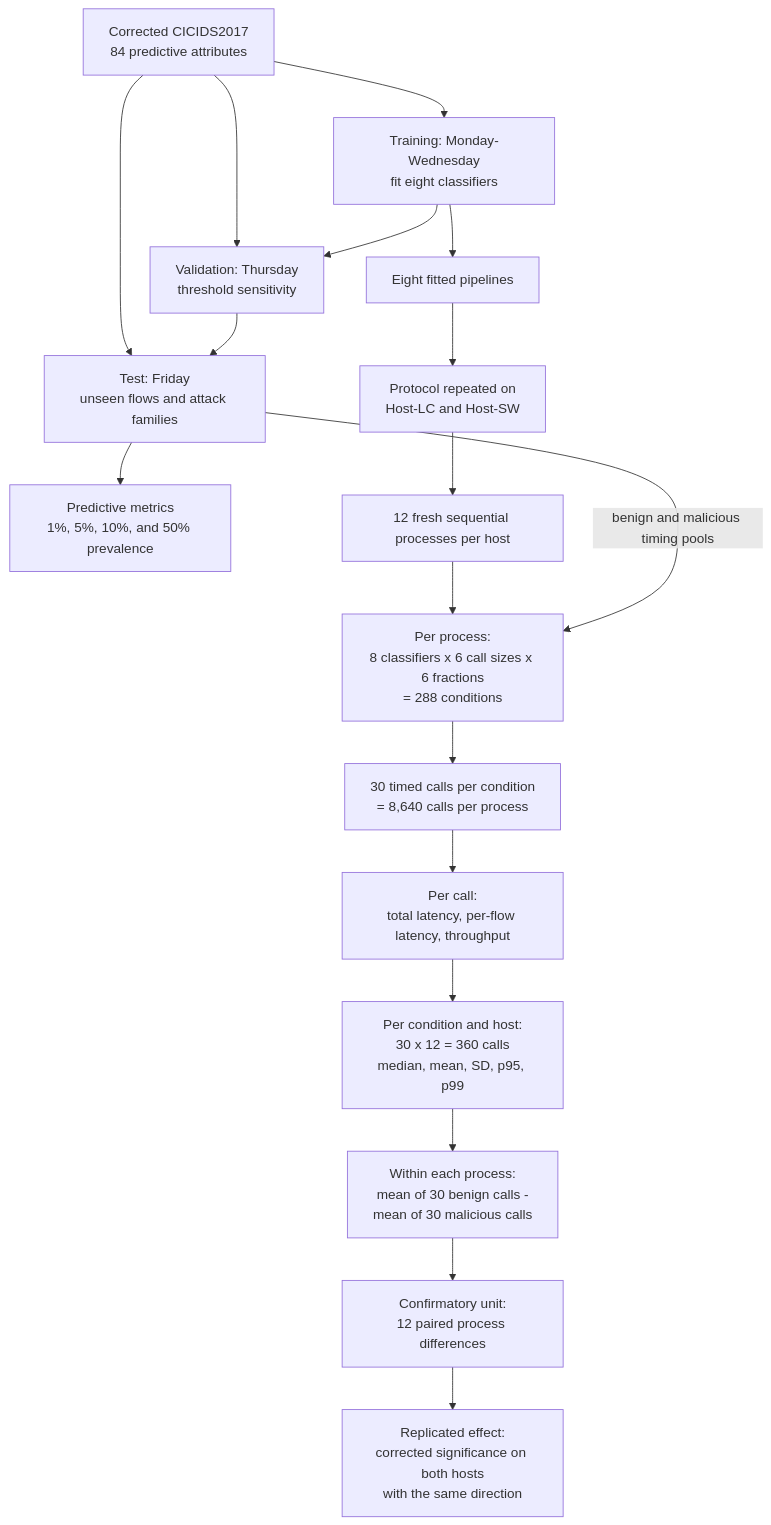
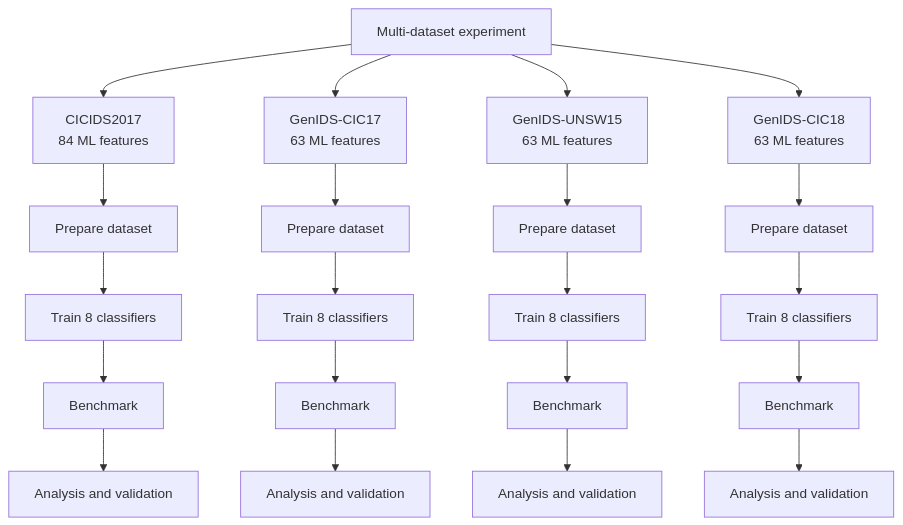
Before and after one commit to LeonelLucas/latency-ids: the diagram in docs/EXPERIMENTAL_DESIGN.md, drawn with Mermaid. The commit also changed other lines of this file, not shown here.

Commit message:
Update experimental design for multi-dataset evaluation

````diff
--- a/docs/EXPERIMENTAL_DESIGN.md
+++ b/docs/EXPERIMENTAL_DESIGN.md
@@ -3,30 +21,35 @@
 ```mermaid
 flowchart TB
-    DATA["Corrected CICIDS2017<br/>84 predictive attributes"]
-    TRAIN["Training: Monday-Wednesday<br/>fit eight classifiers"]
-    VALID["Validation: Thursday<br/>threshold sensitivity"]
-    TEST["Test: Friday<br/>unseen flows and attack families"]
-    PRED["Predictive metrics<br/>1%, 5%, 10%, and 50% prevalence"]
+    START["Multi-dataset experiment"]
 
-    DATA --> TRAIN
-    DATA --> VALID
-    DATA --> TEST
-    TRAIN --> VALID --> TEST --> PRED
+    C17["CICIDS2017<br/>84 ML features"]
+    GC17["GenIDS-CIC17<br/>63 ML features"]
+    UNSW["GenIDS-UNSW15<br/>63 ML features"]
+    GC18["GenIDS-CIC18<br/>63 ML features"]
 
-    MODELS["Eight fitted pipelines"]
-    HOSTS["Protocol repeated on<br/>Host-LC and Host-SW"]
-    PROCESS["12 fresh sequential processes per host"]
-    CONDITION["Per process:<br/>8 classifiers x 6 call sizes x 6 fractions<br/>= 288 conditions"]
-    CALL["30 timed calls per condition<br/>= 8,640 calls per process"]
-    RAW["Per call:<br/>total latency, per-flow latency, throughput"]
+    START --> C17
+    START --> GC17
+    START --> UNSW
+    START --> GC18
 
-    TRAIN --> MODELS --> HOSTS --> PROCESS --> CONDITION --> CALL --> RAW
-    TEST -->|"benign and malicious timing pools"| CONDITION
+    C17 --> P1["Prepare dataset"]
+    GC17 --> P2["Prepare dataset"]
+    UNSW --> P3["Prepare dataset"]
+    GC18 --> P4["Prepare dataset"]
 
-    SUMMARY["Per condition and host:<br/>30 x 12 = 360 calls<br/>median, mean, SD, p95, p99"]
-    PAIR["Within each process:<br/>mean of 30 benign calls -<br/>mean of 30 malicious calls"]
-    UNIT["Confirmatory unit:<br/>12 paired process differences"]
-    REPLICATE["Replicated effect:<br/>corrected significance on both hosts<br/>with the same direction"]
+    P1 --> T1["Train 8 classifiers"]
+    P2 --> T2["Train 8 classifiers"]
+    P3 --> T3["Train 8 classifiers"]
+    P4 --> T4["Train 8 classifiers"]
 
-    RAW --> SUMMARY --> PAIR --> UNIT --> REPLICATE
+    T1 --> B1["Benchmark"]
+    T2 --> B2["Benchmark"]
+    T3 --> B3["Benchmark"]
+    T4 --> B4["Benchmark"]
+
+    B1 --> A1["Analysis and validation"]
+    B2 --> A2["Analysis and validation"]
+    B3 --> A3["Analysis and validation"]
+    B4 --> A4["Analysis and validation"]
+
 ```
````
